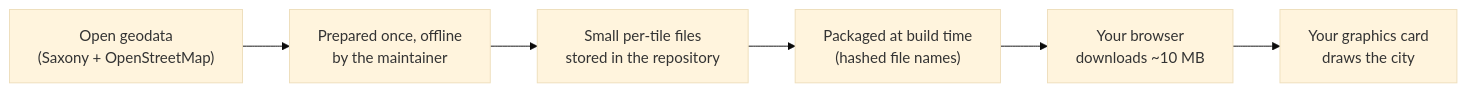
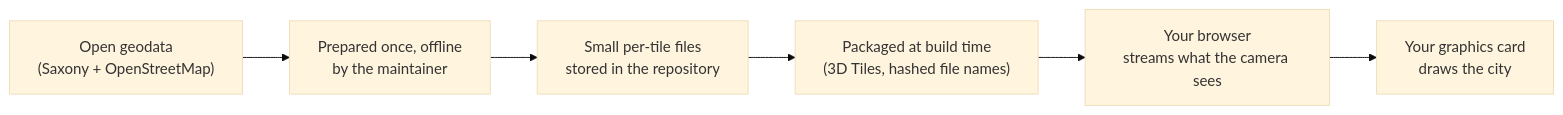
The first of 2 diagrams in docs/guide/en/how-it-works.md (mdugue/bridge), drawn with Mermaid (base theme) before and after one commit. The commit also changed other lines of this file and 9 other files, not shown here.

````diff
--- a/docs/guide/en/how-it-works.md
+++ b/docs/guide/en/how-it-works.md
@@ -31,8 +32,8 @@
 ```mermaid
 flowchart LR
   A["Open geodata<br/>(Saxony + OpenStreetMap)"] --> B["Prepared once, offline<br/>by the maintainer"]
   B --> C["Small per-tile files<br/>stored in the repository"]
-  C --> D["Packaged at build time<br/>(hashed file names)"]
-  D --> E["Your browser<br/>downloads ~10 MB"]
+  C --> D["Packaged at build time<br/>(3D Tiles, hashed file names)"]
+  D --> E["Your browser<br/>streams what the camera sees"]
   E --> F["Your graphics card<br/>draws the city"]
 ```
````
